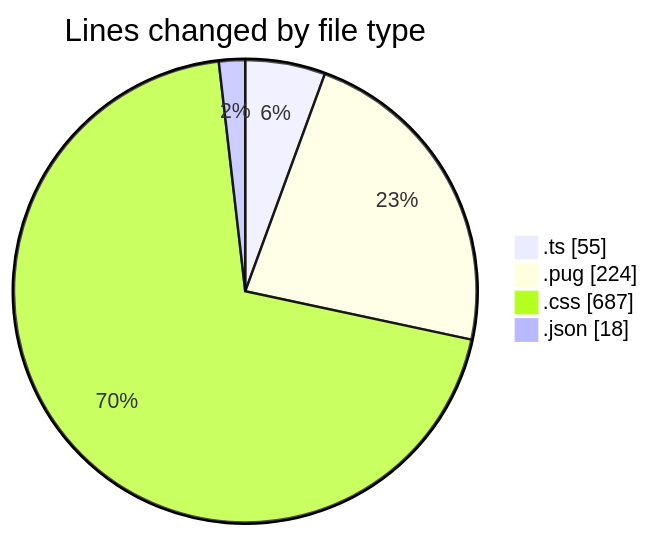
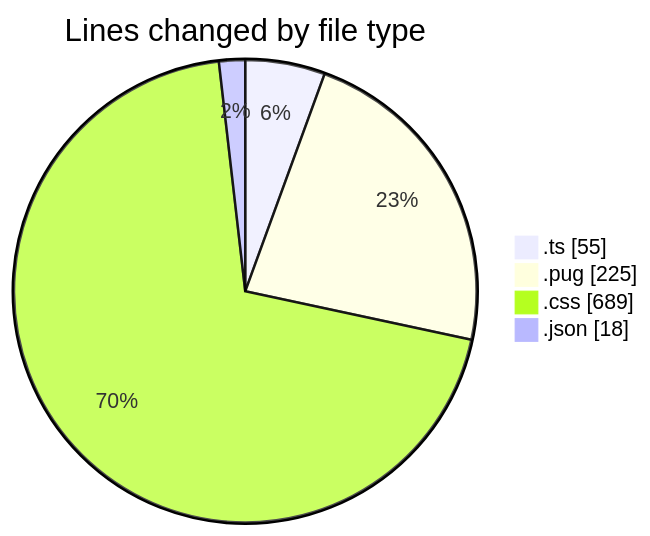
Before and after one commit to momahboobian/code-tracking: the first of 2 diagrams in 2025-10-31/cda/README.md, drawn with Mermaid. The commit also changed other lines of this file and 1 other file, not shown here.

````diff
--- a/2025-10-31/cda/README.md
+++ b/2025-10-31/cda/README.md
@@ -26,8 +26,8 @@
 ```mermaid
 pie showData
 title Lines changed by file type
 ".ts" : 55
-".pug" : 224
-".css" : 687
+".pug" : 225
+".css" : 689
 ".json" : 18
 ```
````
